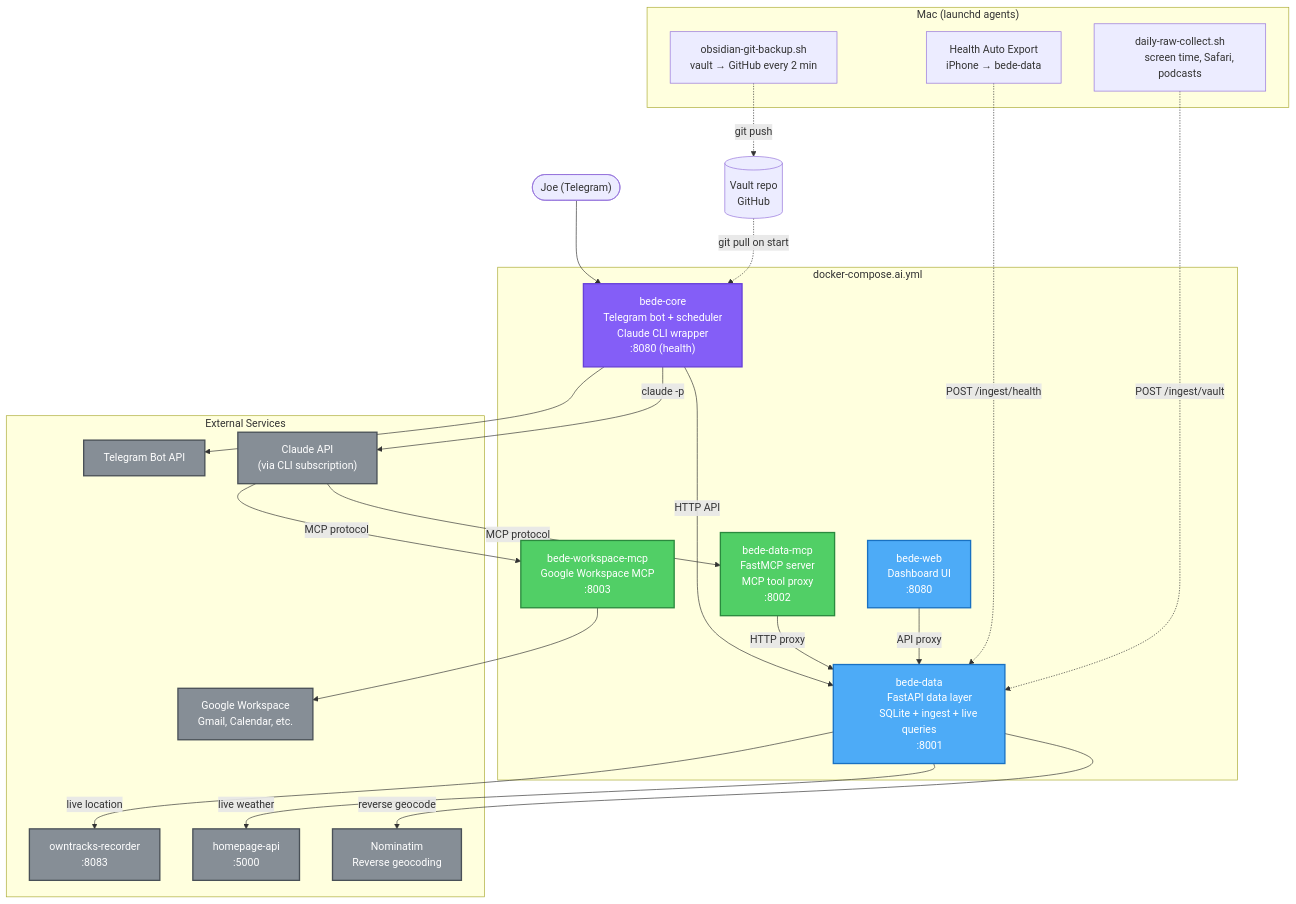
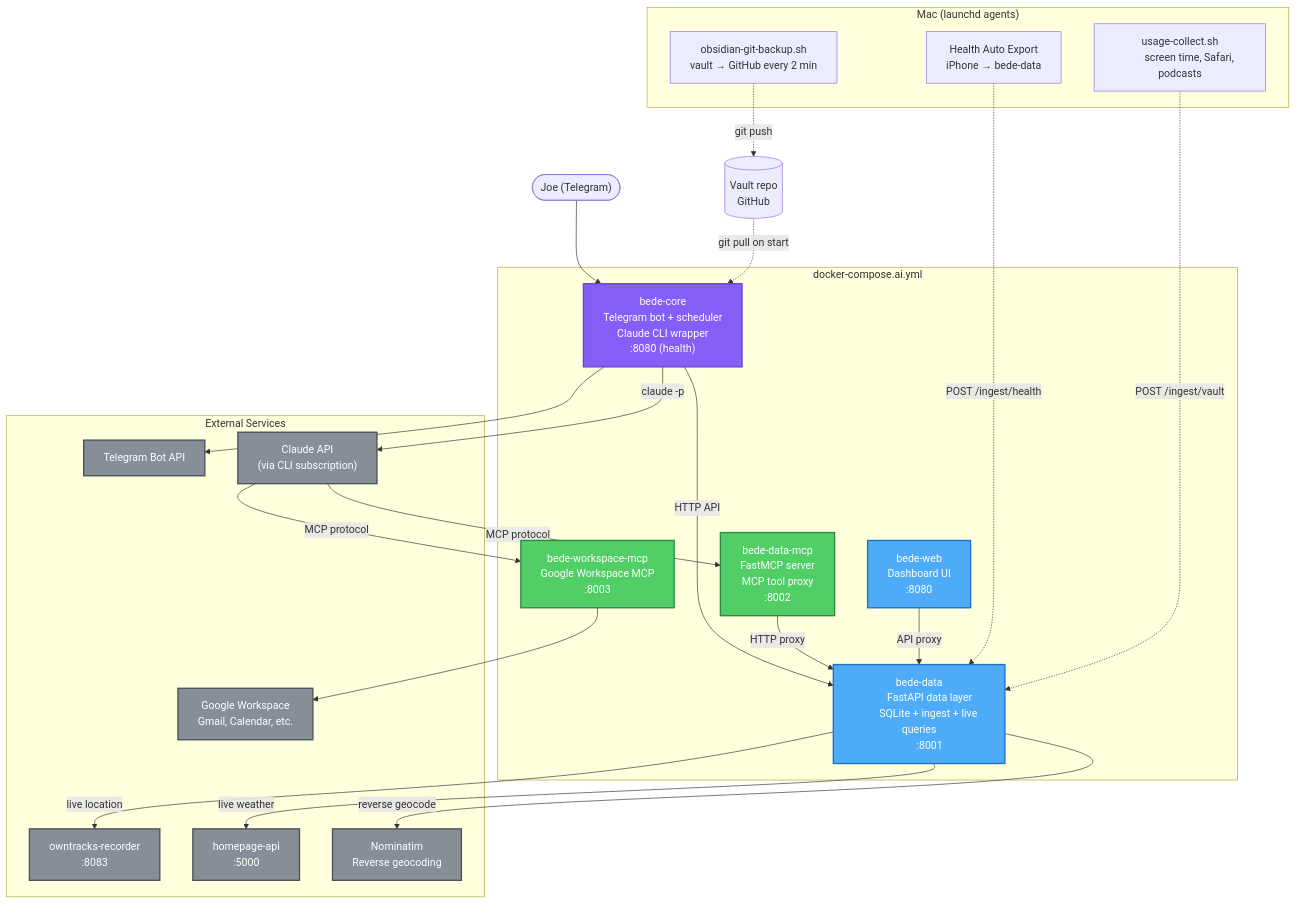
One commit to josephradford/bede changed the first of 3 diagrams in ARCHITECTURE.md. Above: the diagram before and after it, drawn with Mermaid. The commit also changed other lines of this file and 1 other file, not shown here.

Commit message:
docs: rename daily-raw-collect references to usage-collect

```diff
--- a/ARCHITECTURE.md
+++ b/ARCHITECTURE.md
@@ -57,7 +57,7 @@
     subgraph Mac["Mac (launchd agents)"]
         HAE["Health Auto Export
         iPhone → bede-data"]
-        DailyCollect["daily-raw-collect.sh
+        DailyCollect["usage-collect.sh
         screen time, Safari, podcasts"]
         VaultSync["obsidian-git-backup.sh
         vault → GitHub every 2 min"]
```
